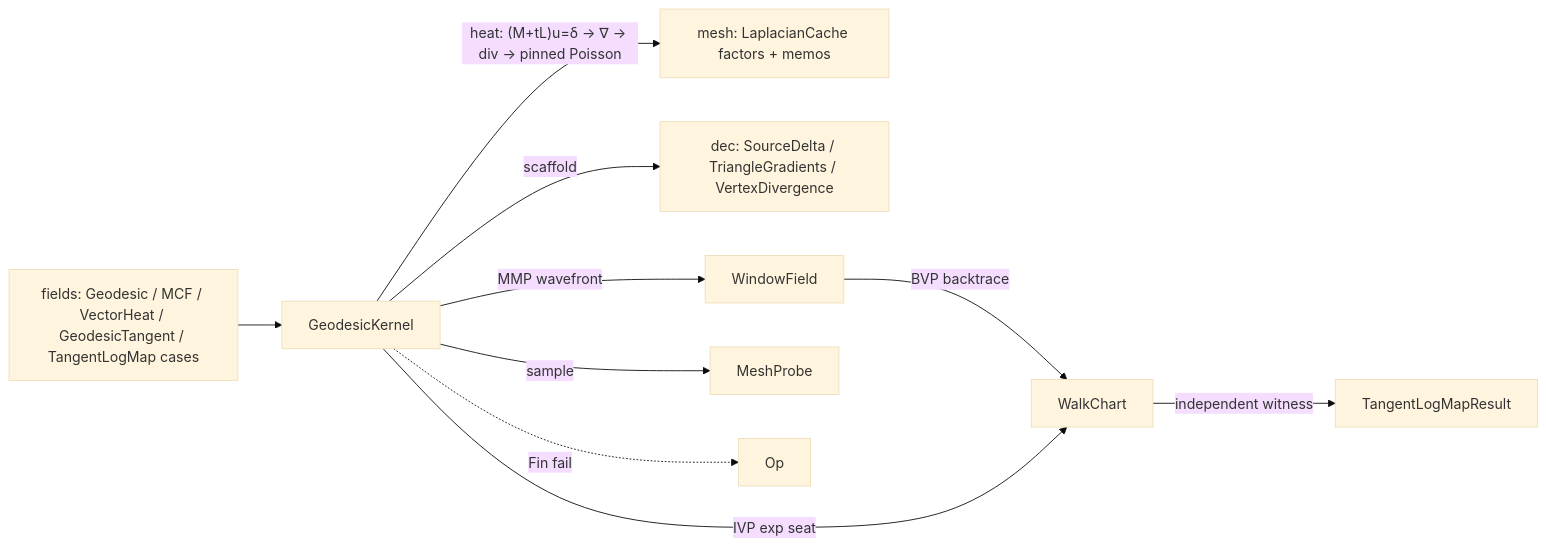
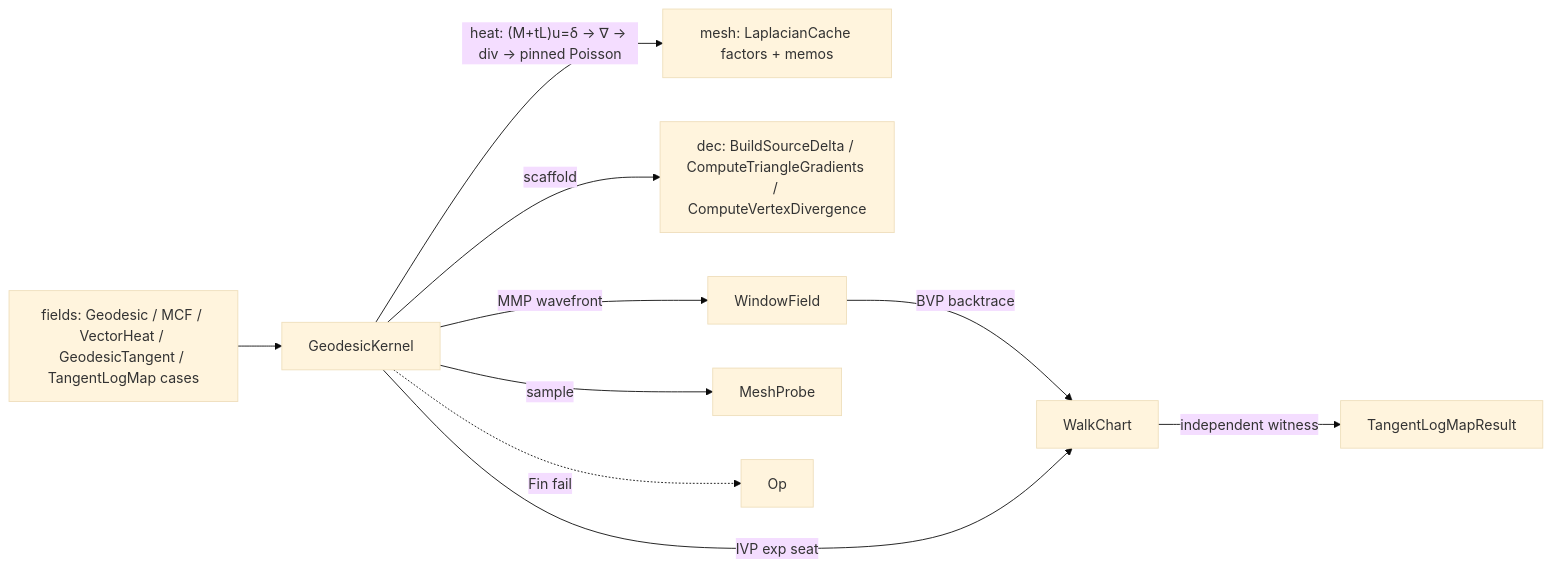
One commit to bsamiee/Rasm changed the diagram in libs/csharp/Rasm/.planning/Processing/geodesics.md. Above: the diagram before and after it, drawn with Mermaid (base theme). The commit also changed other lines of this file and 134 other files, not shown here.

````diff
--- a/libs/csharp/Rasm/.planning/Processing/geodesics.md
+++ b/libs/csharp/Rasm/.planning/Processing/geodesics.md
@@ -921,12 +968,12 @@
 ```mermaid
 flowchart LR
     Fields["fields: Geodesic / MCF / VectorHeat / GeodesicTangent / TangentLogMap cases"] --> GeodesicKernel
     GeodesicKernel -->|"heat: (M+tL)u=δ → ∇ → div → pinned Poisson"| Cache["mesh: LaplacianCache factors + memos"]
-    GeodesicKernel -->|scaffold| Dec["dec: SourceDelta / TriangleGradients / VertexDivergence"]
+    GeodesicKernel -->|scaffold| Dec["dec: BuildSourceDelta / ComputeTriangleGradients / ComputeVertexDivergence"]
     GeodesicKernel -->|MMP wavefront| WindowField
     WindowField -->|BVP backtrace| WalkChart
     GeodesicKernel -->|IVP exp seat| WalkChart
     WalkChart -->|independent witness| TangentLogMapResult
     GeodesicKernel -->|sample| MeshProbe
     GeodesicKernel -.->|Fin fail| Op
 ```
````
